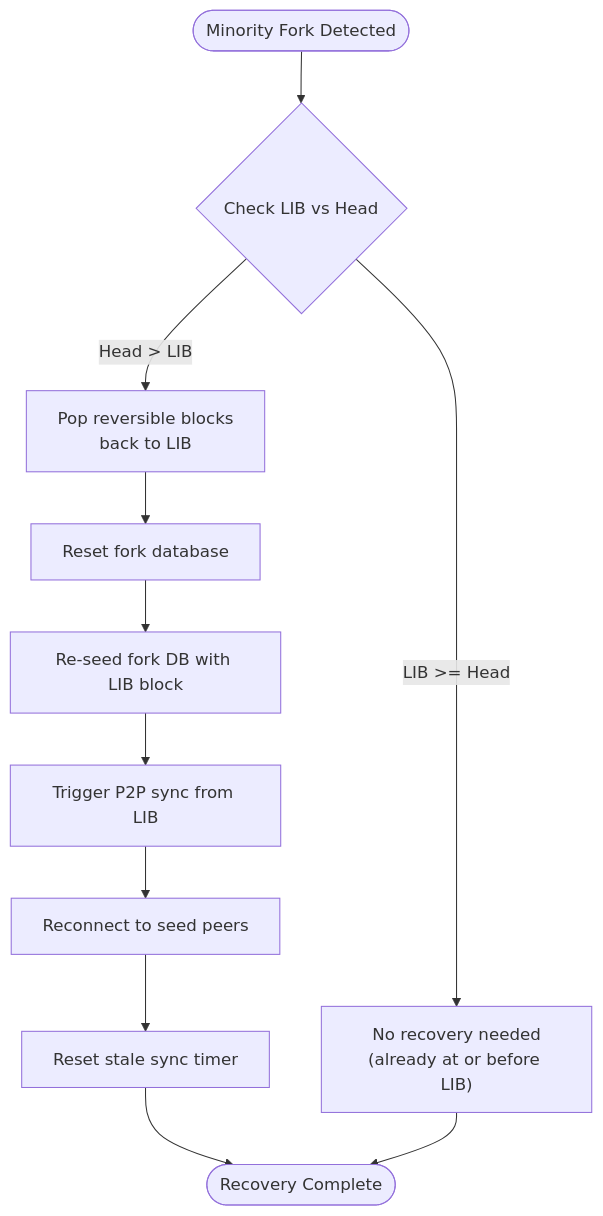
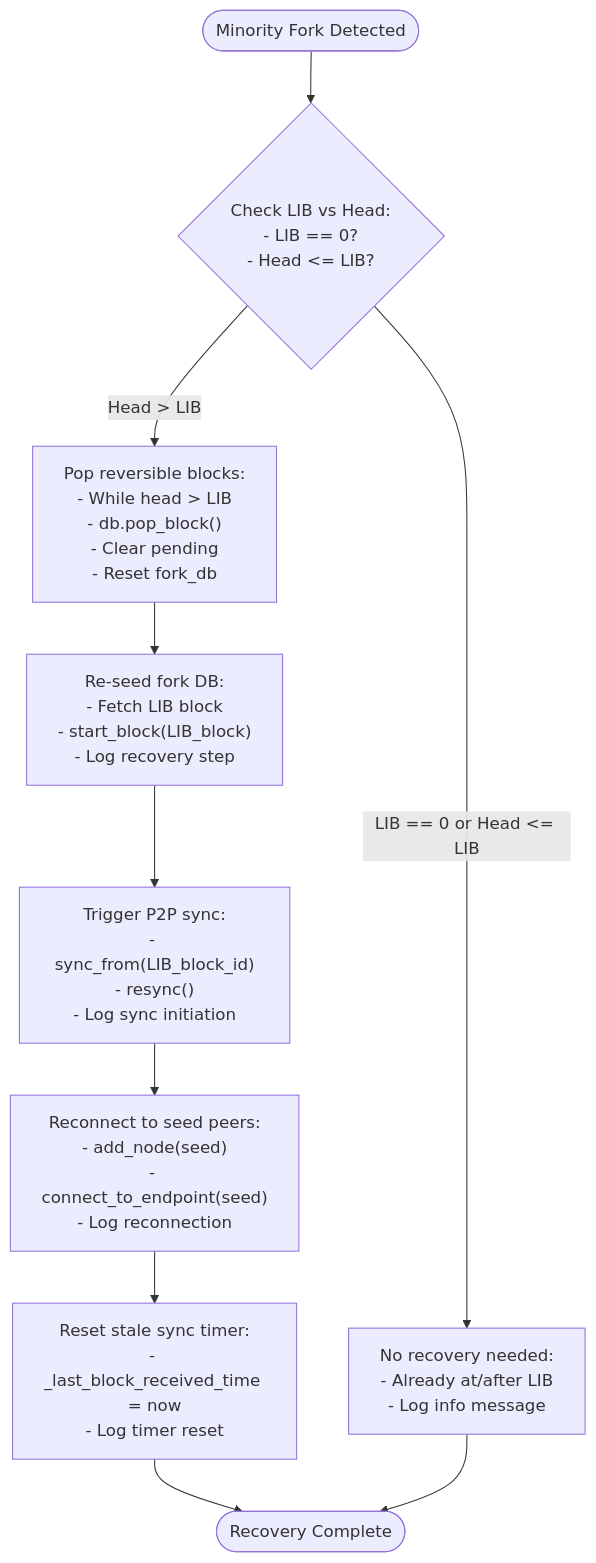
One commit to VIZ-Blockchain/viz-cpp-node changed diagram 20 of 25 in .qoder/repowiki/en/content/P2p Plugin.md. Above: the diagram before and after it, drawn with Mermaid. The commit also changed other lines of this file and 4 other files, not shown here.

First line of the commit message:
feat(dlt_block_log): add comprehensive block range management and enhanced P2P sync

````diff
--- a/.qoder/repowiki/en/content/P2p Plugin.md
+++ b/.qoder/repowiki/en/content/P2p Plugin.md
@@ -389,13 +726,12 @@
 ```mermaid
 flowchart TD
-Start([Minority Fork Detected]) --> CheckState{"Check LIB vs Head"}
-CheckState --> |LIB >= Head| NoAction["No recovery needed<br/>(already at or before LIB)"]
-CheckState --> |Head > LIB| PopBlocks["Pop reversible blocks<br/>back to LIB"]
-PopBlocks --> ResetForkDB["Reset fork database"]
-ResetForkDB --> RebuildForkDB["Re-seed fork DB with LIB block"]
-RebuildForkDB --> TriggerSync["Trigger P2P sync from LIB"]
-TriggerSync --> ReconnectPeers["Reconnect to seed peers"]
-ReconnectPeers --> ResetTimer["Reset stale sync timer"]
+Start([Minority Fork Detected]) --> CheckState{"Check LIB vs Head:<br/>- LIB == 0?<br/>- Head <= LIB?"}
+CheckState --> |LIB == 0 or Head <= LIB| NoAction["No recovery needed:<br/>- Already at/after LIB<br/>- Log info message"]
+CheckState --> |Head > LIB| PopBlocks["Pop reversible blocks:<br/>- While head > LIB<br/>- db.pop_block()<br/>- Clear pending<br/>- Reset fork_db"]
+PopBlocks --> RebuildForkDB["Re-seed fork DB:<br/>- Fetch LIB block<br/>- start_block(LIB_block)<br/>- Log recovery step"]
+RebuildForkDB --> TriggerSync["Trigger P2P sync:<br/>- sync_from(LIB_block_id)<br/>- resync()<br/>- Log sync initiation"]
+TriggerSync --> ReconnectPeers["Reconnect to seed peers:<br/>- add_node(seed)<br/>- connect_to_endpoint(seed)<br/>- Log reconnection"]
+ReconnectPeers --> ResetTimer["Reset stale sync timer:<br/>- _last_block_received_time = now<br/>- Log timer reset"]
 ResetTimer --> Complete([Recovery Complete])
 NoAction --> Complete
 ```
````
